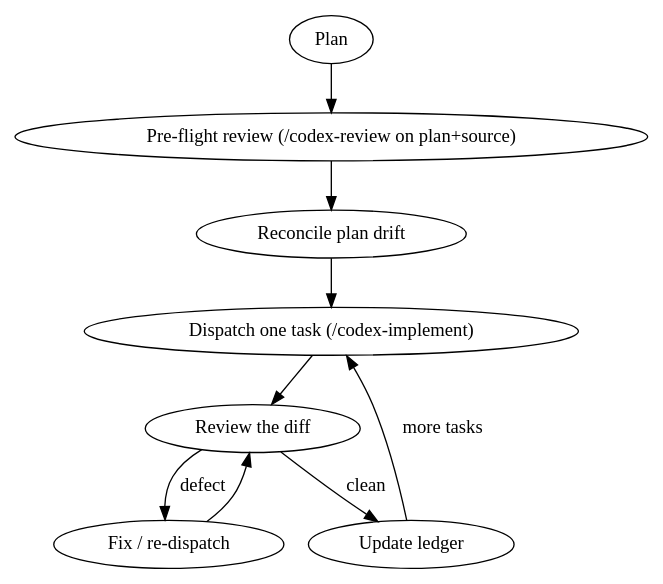
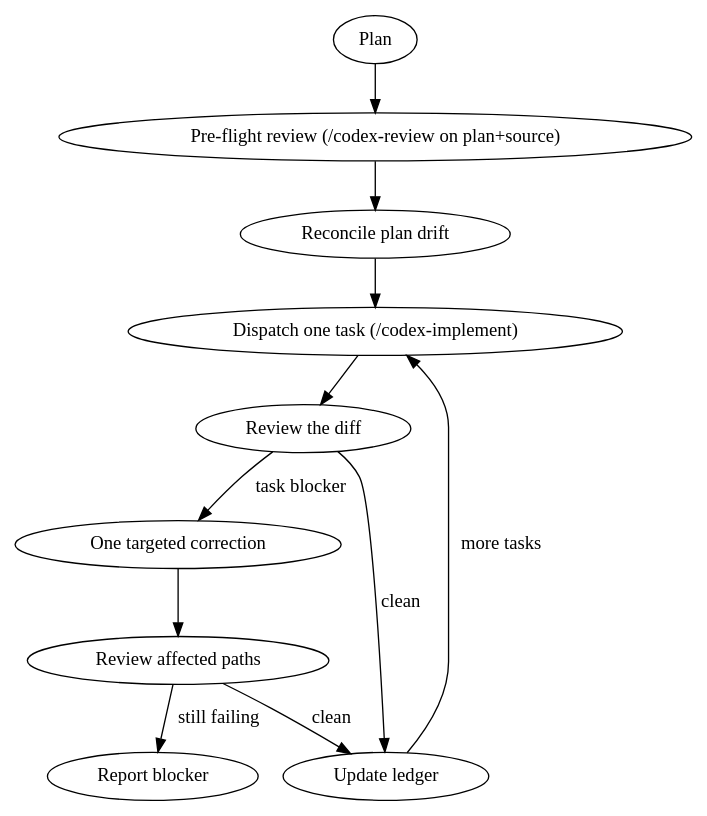
The diagram in plugins/codex-subagent/skills/codex-subagent-driven-development/SKILL.md (paat/claude-plugins), drawn with Graphviz before and after one commit. The commit also changed other lines of this file and 34 other files, not shown here.

````diff
--- a/plugins/codex-subagent/skills/codex-subagent-driven-development/SKILL.md
+++ b/plugins/codex-subagent/skills/codex-subagent-driven-development/SKILL.md
@@ -21,10 +21,12 @@
 ```dot
 digraph { "Plan" -> "Pre-flight review (/codex-review on plan+source)";
   "Pre-flight review (/codex-review on plan+source)" -> "Reconcile plan drift";
   "Reconcile plan drift" -> "Dispatch one task (/codex-implement)";
   "Dispatch one task (/codex-implement)" -> "Review the diff";
-  "Review the diff" -> "Fix / re-dispatch" [label="defect"];
+  "Review the diff" -> "One targeted correction" [label="task blocker"];
   "Review the diff" -> "Update ledger" [label="clean"];
-  "Fix / re-dispatch" -> "Review the diff";
+  "One targeted correction" -> "Review affected paths";
+  "Review affected paths" -> "Update ledger" [label="clean"];
+  "Review affected paths" -> "Report blocker" [label="still failing"];
   "Update ledger" -> "Dispatch one task (/codex-implement)" [label="more tasks"]; }
 ```
````
